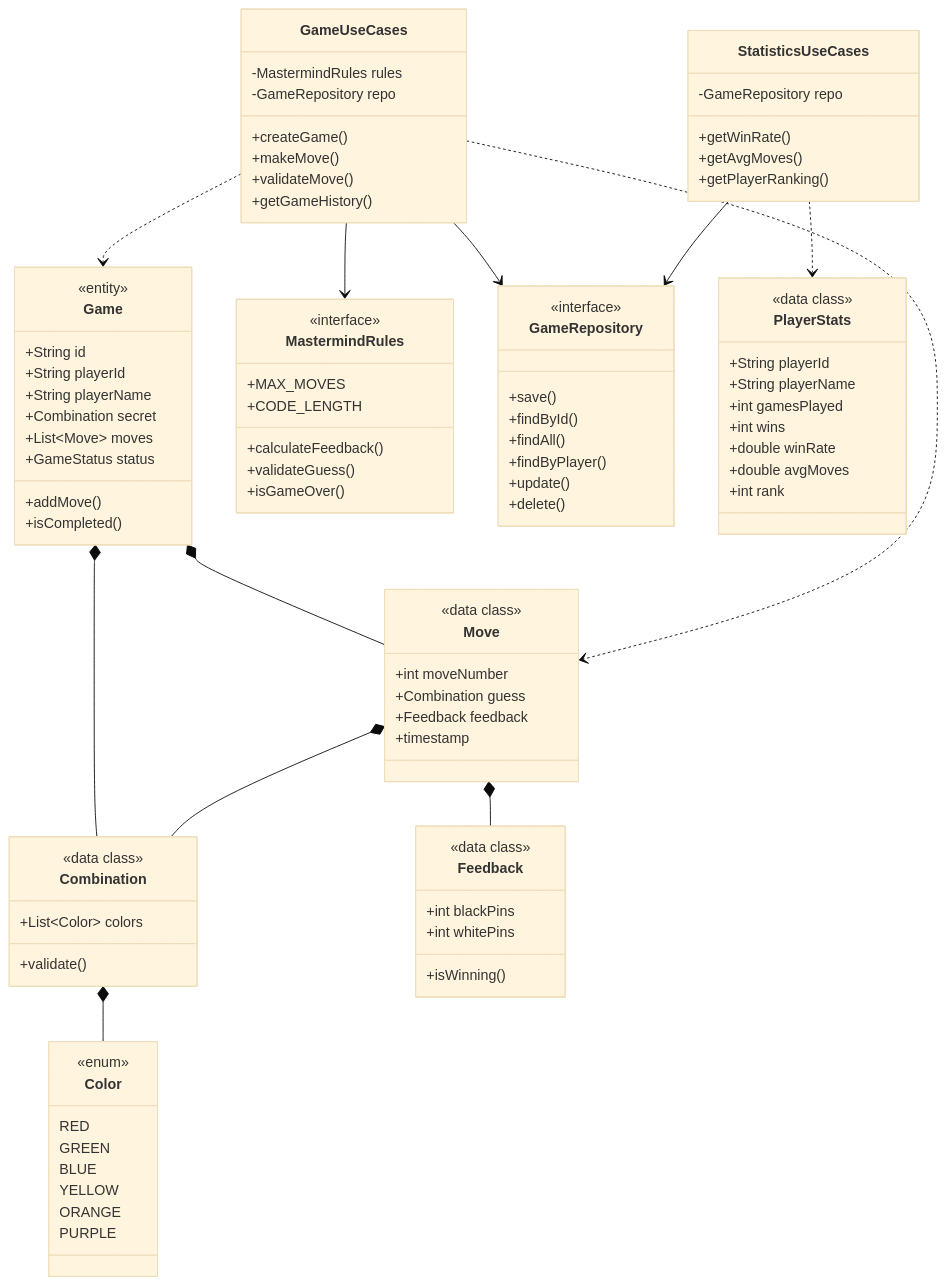
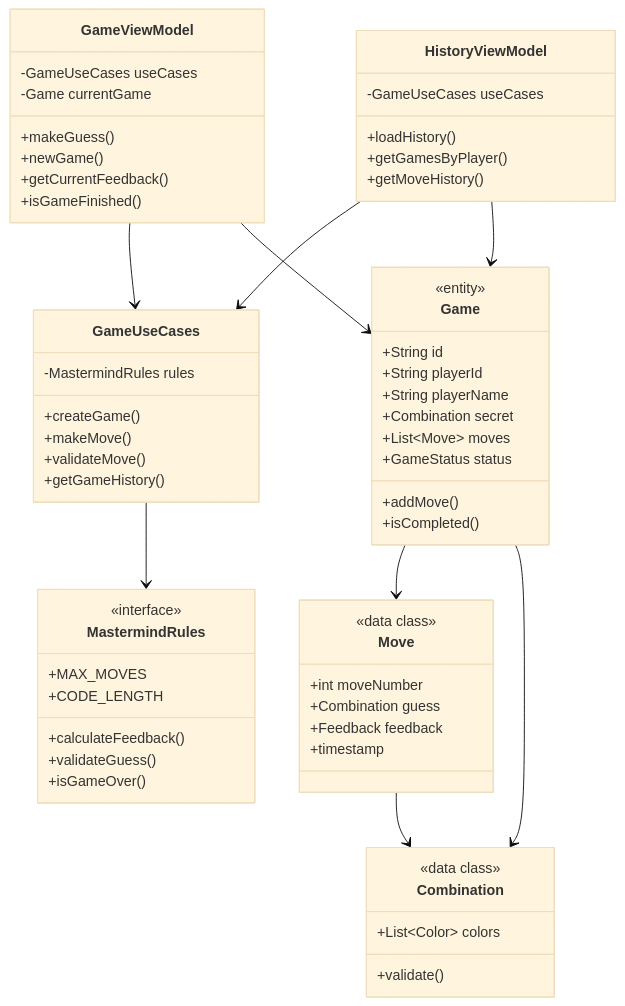
Before and after one commit to Andrew2114/kotlin-s_game: the first of 3 diagrams in docs/class-diagram-hw1.md, drawn with Mermaid (base theme). The commit also changed other lines of this file, not shown here.

````diff
--- a/docs/class-diagram-hw1.md
+++ b/docs/class-diagram-hw1.md
@@ -8,27 +8,10 @@
     direction TB
     
     %% ============ DOMAIN ENTITIES ============
-    class Color {
-        <<enum>>
-        RED
-        GREEN
-        BLUE
-        YELLOW
-        ORANGE
-        PURPLE
-    }
-    
     class Combination {
         <<data class>>
         +List~Color~ colors
         +validate()
-    }
-    
-    class Feedback {
-        <<data class>>
-        +int blackPins
-        +int whitePins
-        +isWinning()
     }
     
     class Move {
@@ -51,7 +34,7 @@
         +isCompleted()
     }
     
-    %% ============ INTERFACES ============
+    %% ============ INTERFACE ============
     class MastermindRules {
         <<interface>>
         +calculateFeedback()
@@ -61,57 +44,39 @@
         +CODE_LENGTH
     }
     
-    class GameRepository {
-        <<interface>>
-        +save()
-        +findById()
-        +findAll()
-        +findByPlayer()
-        +update()
-        +delete()
-    }
-    
-    %% ============ USE CASES ============
+    %% ============ USE CASE ============
     class GameUseCases {
         -MastermindRules rules
-        -GameRepository repo
         +createGame()
         +makeMove()
         +validateMove()
         +getGameHistory()
     }
     
-    class StatisticsUseCases {
-        -GameRepository repo
-        +getWinRate()
-        +getAvgMoves()
-        +getPlayerRanking()
+    %% ============ VIEW MODELS ============
+    class GameViewModel {
+        -GameUseCases useCases
+        -Game currentGame
+        +makeGuess()
+        +newGame()
+        +getCurrentFeedback()
+        +isGameFinished()
     }
     
-    %% ============ DTO ============
-    class PlayerStats {
-        <<data class>>
-        +String playerId
-        +String playerName
-        +int gamesPlayed
-        +int wins
-        +double winRate
-        +double avgMoves
-        +int rank
+    class HistoryViewModel {
+        -GameUseCases useCases
+        +loadHistory()
+        +getGamesByPlayer()
+        +getMoveHistory()
     }
     
     %% ============ СВЯЗИ ============
-    Combination *-- Color
-    Game *-- Move
-    Game *-- Combination
-    Move *-- Combination
-    Move *-- Feedback
-    
+    Game --> Move
+    Game --> Combination
+    Move --> Combination
     GameUseCases --> MastermindRules
-    GameUseCases --> GameRepository
-    GameUseCases ..> Game
-    GameUseCases ..> Move
-    
-    StatisticsUseCases --> GameRepository
-    StatisticsUseCases ..> PlayerStats
+    GameViewModel --> GameUseCases
+    GameViewModel --> Game
+    HistoryViewModel --> GameUseCases
+    HistoryViewModel --> Game
 ```
````
